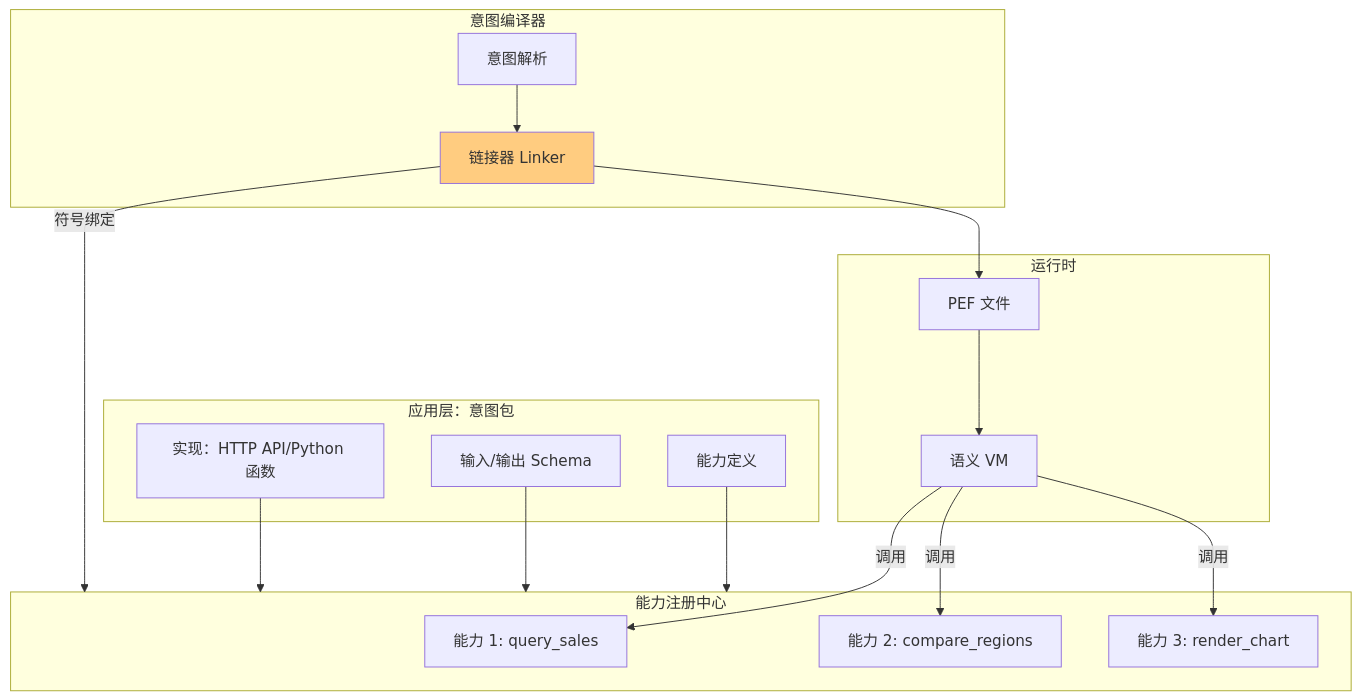
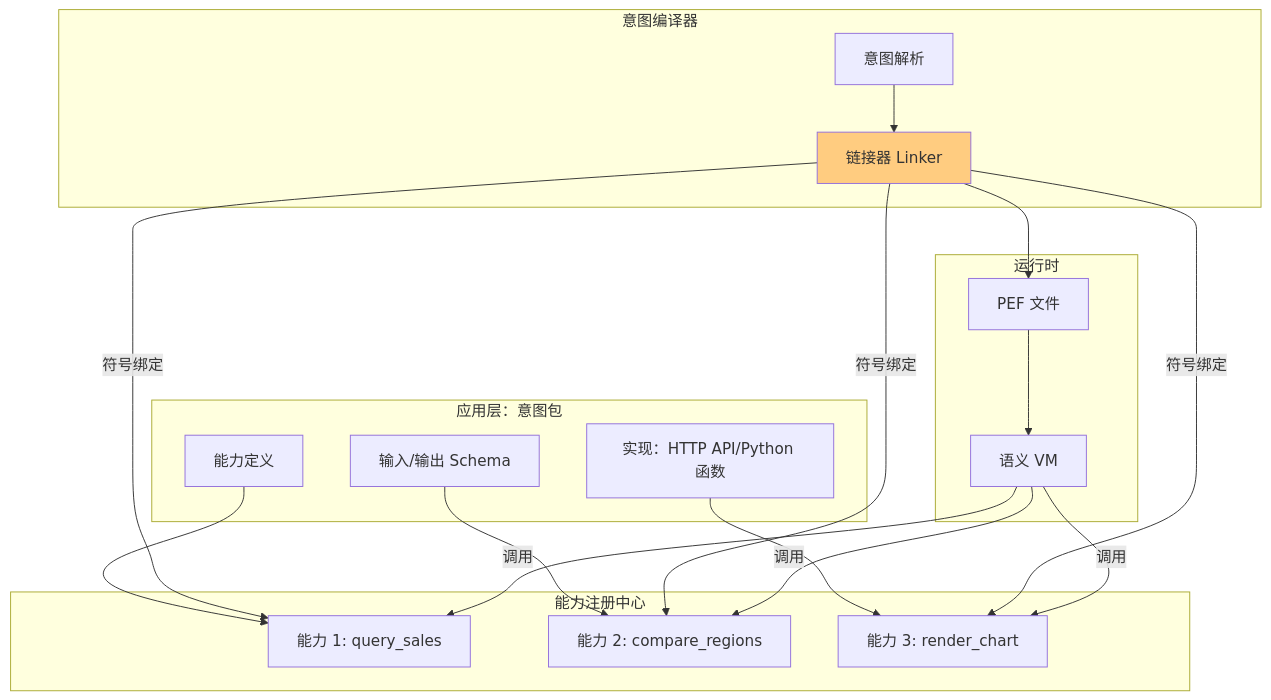
One commit to jeffery9/intentOS changed the tenth of 16 diagrams in papers/Architecture_Diagrams.md. Above: the diagram before and after it, drawn with Mermaid. The commit also changed other lines of this file, not shown here.

````diff
--- a/papers/Architecture_Diagrams.md
+++ b/papers/Architecture_Diagrams.md
@@ -331,38 +345,40 @@
 ```mermaid
 flowchart TB
     subgraph App["应用层：意图包"]
         Def[能力定义]
         Schema[输入/输出 Schema]
         Impl[实现：HTTP API/Python 函数]
     end
 
     subgraph Registry["能力注册中心"]
         Cap1[能力 1: query_sales]
         Cap2[能力 2: compare_regions]
         Cap3[能力 3: render_chart]
     end
 
     subgraph Compiler["意图编译器"]
         Parse[意图解析]
         Linker[链接器 Linker]
     end
 
     subgraph Runtime["运行时"]
         PEF[PEF 文件]
         VM[语义 VM]
     end
 
-    Def --> Registry
-    Schema --> Registry
-    Impl --> Registry
+    Def --> Cap1
+    Schema --> Cap2
+    Impl --> Cap3
 
     Parse --> Linker
-    Linker -->|符号绑定 | Registry
+    Linker -->|符号绑定| Cap1
+    Linker -->|符号绑定| Cap2
+    Linker -->|符号绑定| Cap3
     Linker --> PEF
     PEF --> VM
     VM -->|调用 | Cap1
     VM -->|调用 | Cap2
     VM -->|调用 | Cap3
 
     style Linker fill:#ffcc80
 ```
````
